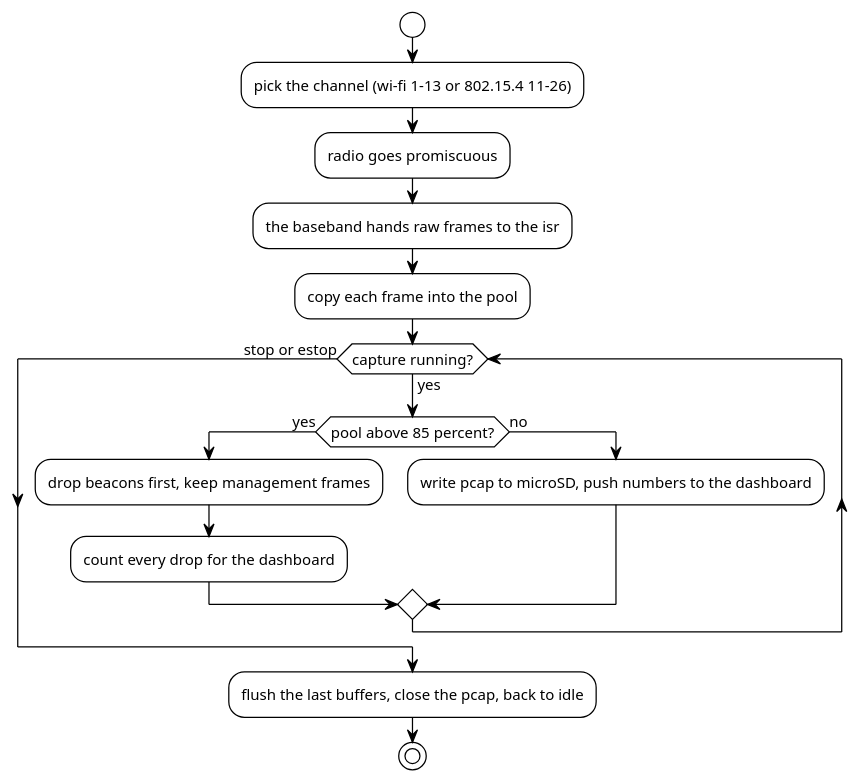
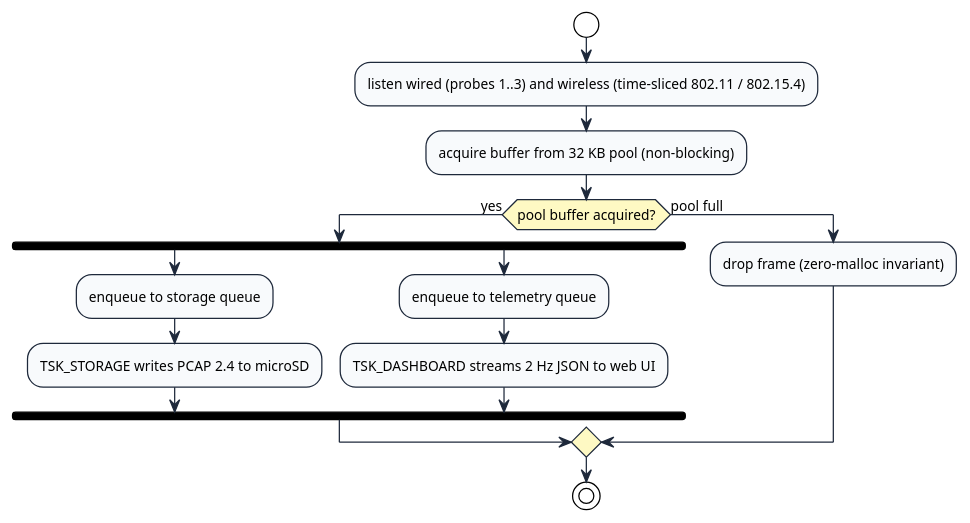
The diagram in reports/diagrams/sniffer_flow.puml (adoreblvnk/whattheflip), drawn with PlantUML before and after one commit. The commit also changed 11 other files, not shown here.

First line of the commit message:
docs: rework hardware enumeration, tech stack, and bench diagrams

```diff
--- a/reports/diagrams/sniffer_flow.puml
+++ b/reports/diagrams/sniffer_flow.puml
@@ -1,25 +1,29 @@
 @startuml sniffer_flow
 !theme plain
 skinparam backgroundColor #FFFFFF
 skinparam defaultFontName Arial
-skinparam defaultFontSize 12
+skinparam defaultFontSize 11
 skinparam shadowing false
+skinparam ActivityBorderColor #1E293B
+skinparam ActivityBackgroundColor #F8FAFC
+skinparam ActivityDiamondBackgroundColor #FEF9C3
+skinparam ArrowColor #1E293B
 
 start
-:pick the channel (wi-fi 1-13 or 802.15.4 11-26);
-:radio goes promiscuous;
-:the baseband hands raw frames to the isr;
-:copy each frame into the pool;
+:listen wired (probes 1..3) and wireless (time-sliced 802.11 / 802.15.4);
+:acquire buffer from 32 KB pool (non-blocking);
 
-while (capture running?) is (yes)
-  if (pool above 85 percent?) then (yes)
-    :drop beacons first, keep management frames;
-    :count every drop for the dashboard;
-  else (no)
-    :write pcap to microSD, push numbers to the dashboard;
-  endif
-endwhile (stop or estop)
+if (pool buffer acquired?) then (yes)
+  fork
+    :enqueue to storage queue;
+    :TSK_STORAGE writes PCAP 2.4 to microSD;
+  fork again
+    :enqueue to telemetry queue;
+    :TSK_DASHBOARD streams 2 Hz JSON to web UI;
+  end fork
+else (pool full)
+  :drop frame (zero-malloc invariant);
+endif
 
-:flush the last buffers, close the pcap, back to idle;
 stop
 @enduml
```
